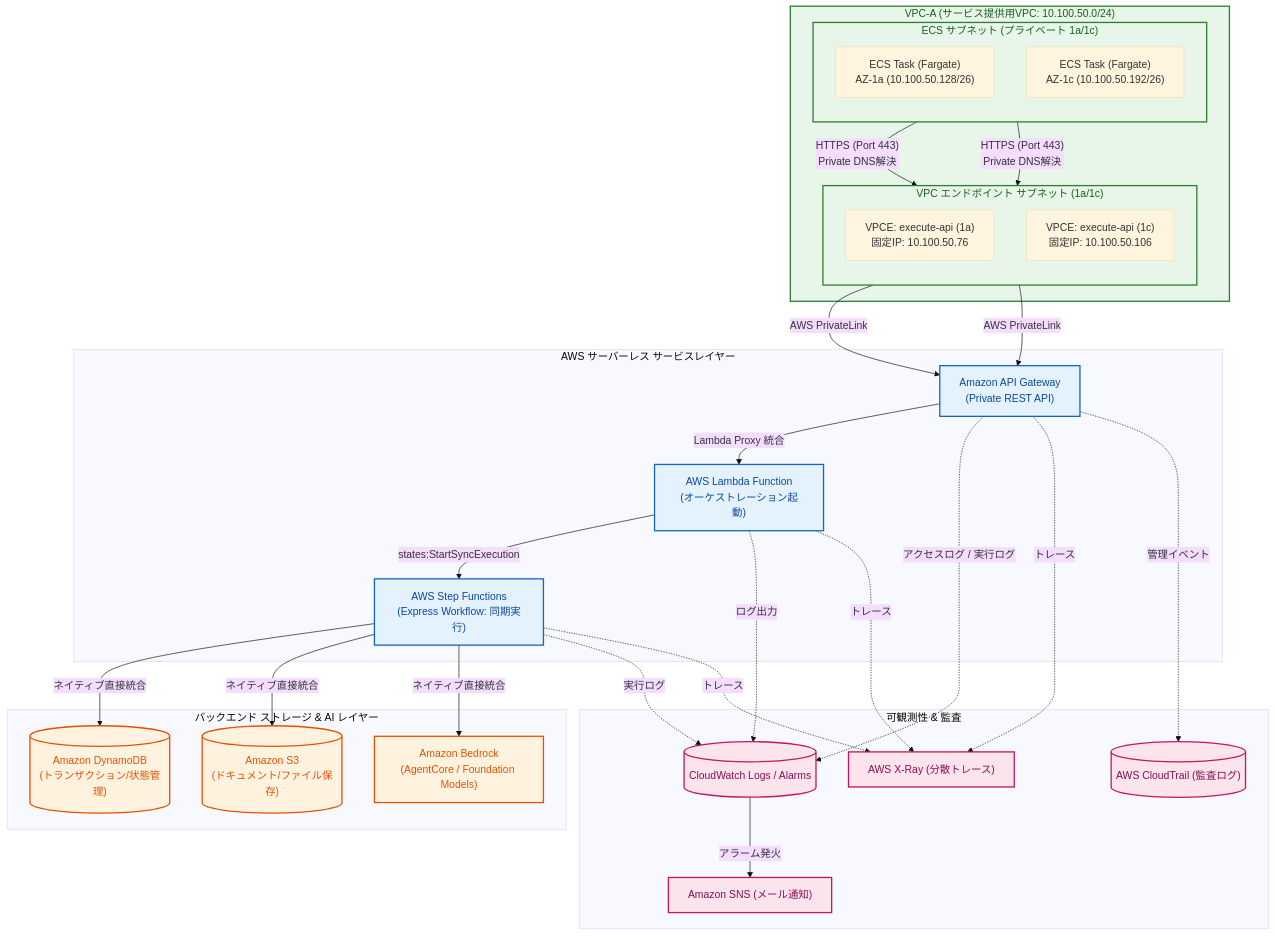
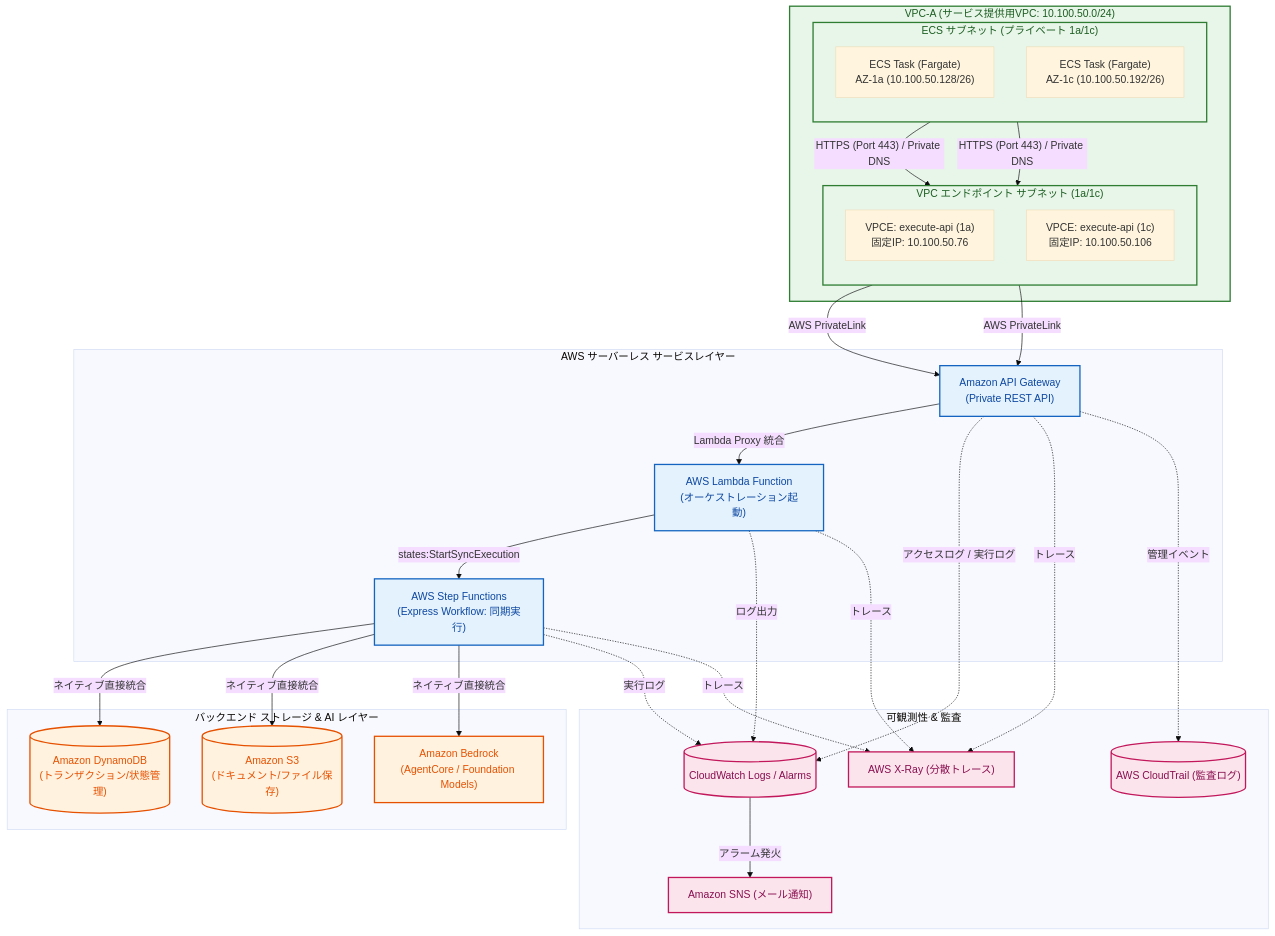
One commit to hide104y/markdown changed the second of 11 diagrams in AWS：ApiGateway.md. Above: the diagram before and after it, drawn with Mermaid (base theme). The commit also changed 3 other files, not shown here.

Commit message:
GitHubのMermaidパーサーとの互換性考慮

````diff
--- a/AWS：ApiGateway.md
+++ b/AWS：ApiGateway.md
@@ -142,68 +142,68 @@
 ```mermaid
 flowchart TB
     subgraph VPCA ["VPC-A (サービス提供用VPC: 10.100.50.0/24)"]
         subgraph SubnetECS ["ECS サブネット (プライベート 1a/1c)"]
             direction TB
             ECS1["ECS Task (Fargate)<br>AZ-1a (10.100.50.128/26)"]
             ECS2["ECS Task (Fargate)<br>AZ-1c (10.100.50.192/26)"]
         end
 
         subgraph SubnetVPCE ["VPC エンドポイント サブネット (1a/1c)"]
             direction TB
             VPCE_1a["VPCE: execute-api (1a)<br>固定IP: 10.100.50.76"]
             VPCE_1c["VPCE: execute-api (1c)<br>固定IP: 10.100.50.106"]
         end
     end
 
     subgraph AWS_Serverless ["AWS サーバーレス サービスレイヤー"]
         APIGW["Amazon API Gateway<br>(Private REST API)"]
         Lambda["AWS Lambda Function<br>(オーケストレーション起動)"]
         SFN["AWS Step Functions<br>(Express Workflow: 同期実行)"]
     end
 
     subgraph AWS_Data_AI ["バックエンド ストレージ & AI レイヤー"]
         DDB[("Amazon DynamoDB<br>(トランザクション/状態管理)")]
         S3[("Amazon S3<br>(ドキュメント/ファイル保存)")]
         Bedrock["Amazon Bedrock<br>(AgentCore / Foundation Models)"]
     end
 
     subgraph Observability ["可観測性 & 監査"]
         CW[("CloudWatch Logs / Alarms")]
         XRay["AWS X-Ray (分散トレース)"]
         CT[("AWS CloudTrail (監査ログ)")]
         SNS["Amazon SNS (メール通知)"]
     end
 
     %% 通信線
-    ECS1 -->|"HTTPS (Port 443)<br>Private DNS解決"| VPCE_1a
-    ECS2 -->|"HTTPS (Port 443)<br>Private DNS解決"| VPCE_1c
+    ECS1 -->|"HTTPS (Port 443) / Private DNS"| VPCE_1a
+    ECS2 -->|"HTTPS (Port 443) / Private DNS"| VPCE_1c
     VPCE_1a -->|"AWS PrivateLink"| APIGW
     VPCE_1c -->|"AWS PrivateLink"| APIGW
 
     APIGW -->|"Lambda Proxy 統合"| Lambda
     Lambda -->|"states:StartSyncExecution"| SFN
 
     SFN -->|"ネイティブ直接統合"| DDB
     SFN -->|"ネイティブ直接統合"| S3
     SFN -->|"ネイティブ直接統合"| Bedrock
 
     %% ログ・可観測性
     APIGW -.->|"アクセスログ / 実行ログ"| CW
     Lambda -.->|"ログ出力"| CW
     SFN -.->|"実行ログ"| CW
     APIGW -.->|"トレース"| XRay
     Lambda -.->|"トレース"| XRay
     SFN -.->|"トレース"| XRay
     APIGW -.->|"管理イベント"| CT
     CW -->|"アラーム発火"| SNS
 
     classDef vpc fill:#e8f5e9,stroke:#2e7d32,stroke-width:2px,color:#1b5e20;
     classDef serverless fill:#e3f2fd,stroke:#1565c0,stroke-width:2px,color:#0d47a1;
     classDef backend fill:#fff3e0,stroke:#e65100,stroke-width:2px,color:#e65100;
     classDef obs fill:#fce4ec,stroke:#c2185b,stroke-width:2px,color:#880e4f;
 
     class VPCA,SubnetECS,SubnetVPCE vpc;
     class APIGW,Lambda,SFN serverless;
     class DDB,S3,Bedrock backend;
     class CW,XRay,CT,SNS obs;
 ```
````
